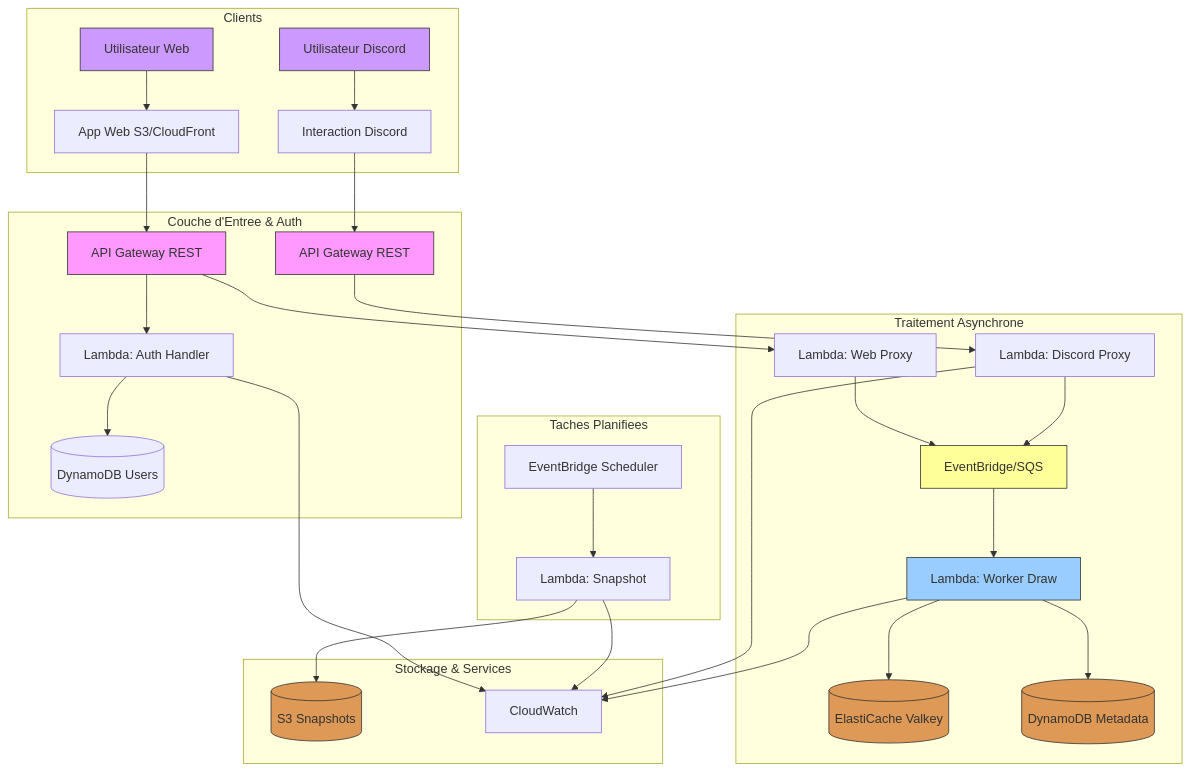
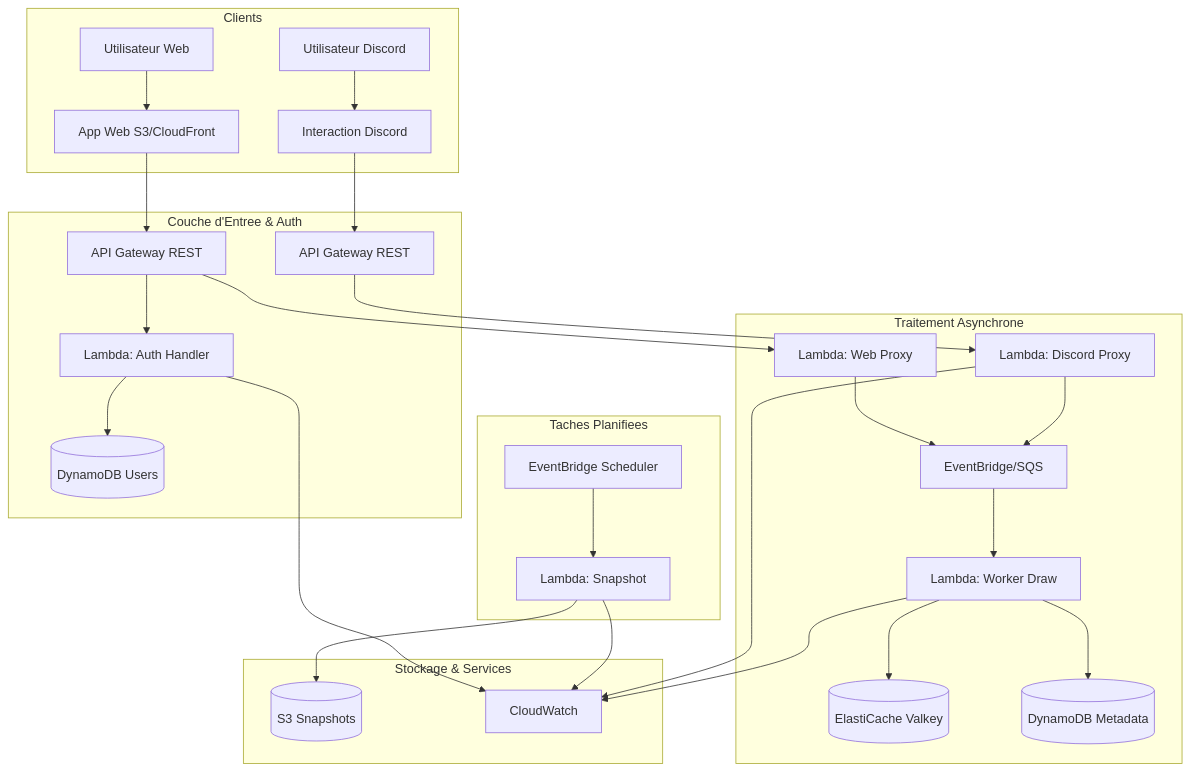
One commit to matteo-allevard/the_mide changed the diagram in README.md. Above: the diagram before and after it, drawn with Mermaid.

Commit message:
Remove style definitions from README
Removed style definitions for various elements.

````diff
--- a/README.md
+++ b/README.md
@@ -33,51 +33,41 @@
 ```mermaid
 graph TD
     subgraph Clients
         A[Utilisateur Discord] --> B[Interaction Discord]
         C[Utilisateur Web] --> D[App Web S3/CloudFront]
     end
 
     subgraph "Couche d'Entree & Auth"
         B --> E[API Gateway REST]
         D --> F[API Gateway REST]
         F --> G[Lambda: Auth Handler]
         G --> H[(DynamoDB Users)]
     end
 
     subgraph "Traitement Asynchrone"
         E --> I[Lambda: Discord Proxy]
         F --> J[Lambda: Web Proxy]
         I --> K[EventBridge/SQS]
         J --> K
         K --> L[Lambda: Worker Draw]
         L --> M[(ElastiCache Valkey)]
         L --> N[(DynamoDB Metadata)]
     end
 
     subgraph "Stockage & Services"
         M
         N
         O[(S3 Snapshots)]
         P[CloudWatch]
     end
 
     subgraph "Taches Planifiees"
         Q[EventBridge Scheduler] --> R[Lambda: Snapshot]
         R --> O
     end
 
     L --> P
     R --> P
     G --> P
     I --> P
-
-    style A fill:#c9f,stroke:#333
-    style C fill:#c9f,stroke:#333
-    style E fill:#f9f,stroke:#333
-    style F fill:#f9f,stroke:#333
-    style K fill:#ff9,stroke:#333
-    style L fill:#9cf,stroke:#333
-    style M fill:#d95,stroke:#333
-    style N fill:#d95,stroke:#333
-    style O fill:#d95,stroke:#333
 ```
````
